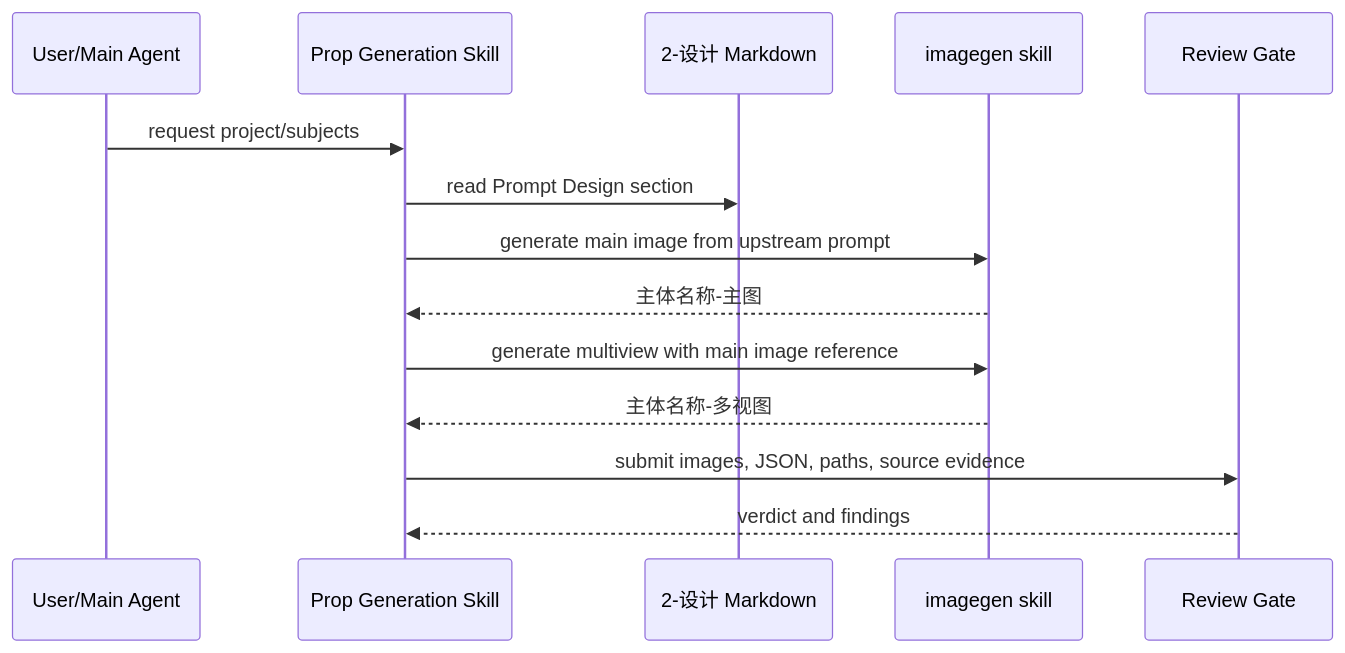
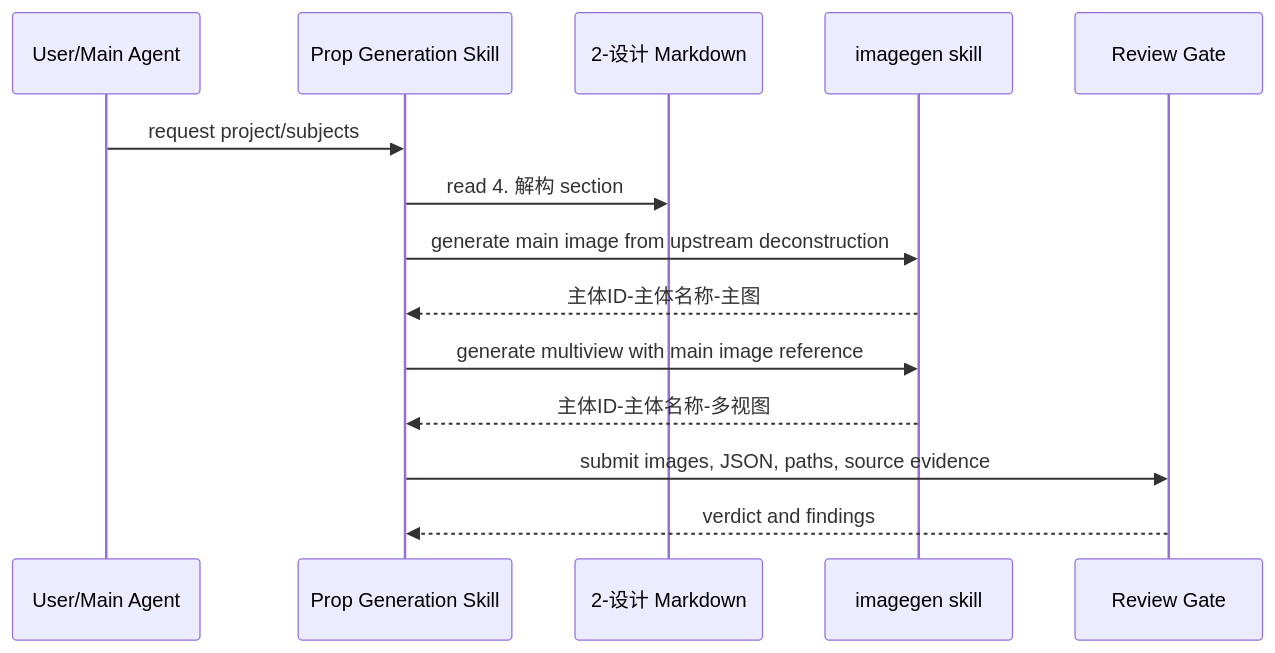
One commit to ZEN-VOID/AI-CUT changed the second of 2 diagrams in .agents/skills/aigc/5-设计/道具/3-生成/steps/prop-generation-workflow.md. Above: the diagram before and after it, drawn with Mermaid. The commit also changed other lines of this file and 106 other files, not shown here.

````diff
--- a/.agents/skills/aigc/5-设计/道具/3-生成/steps/prop-generation-workflow.md
+++ b/.agents/skills/aigc/5-设计/道具/3-生成/steps/prop-generation-workflow.md
@@ -45,16 +45,16 @@
 ```mermaid
 sequenceDiagram
     participant U as User/Main Agent
     participant P as Prop Generation Skill
     participant D as 2-设计 Markdown
     participant I as imagegen skill
     participant R as Review Gate
     U->>P: request project/subjects
-    P->>D: read Prompt Design section
-    P->>I: generate main image from upstream prompt
-    I-->>P: 主体名称-主图
+    P->>D: read 4. 解构 section
+    P->>I: generate main image from upstream deconstruction
+    I-->>P: 主体ID-主体名称-主图
     P->>I: generate multiview with main image reference
-    I-->>P: 主体名称-多视图
+    I-->>P: 主体ID-主体名称-多视图
     P->>R: submit images, JSON, paths, source evidence
     R-->>P: verdict and findings
 ```
````
